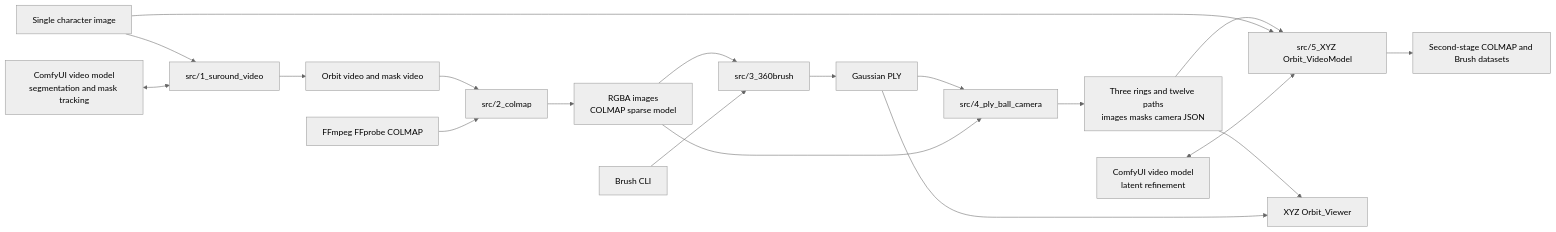
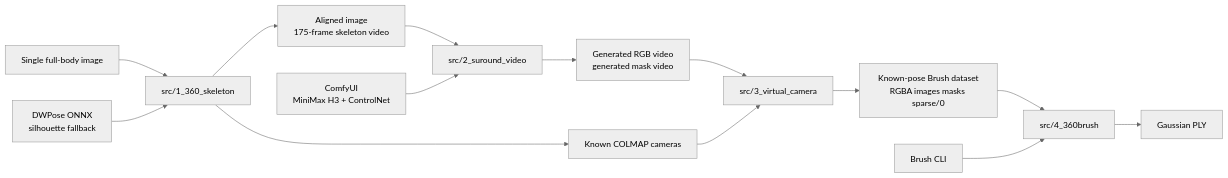
Before and after one commit to gkwang4912/VideoSplat: the first of 3 diagrams in README_EN.md, drawn with Mermaid (neutral theme). The commit also changed other lines of this file and 110 other files, not shown here.

````diff
--- a/README_EN.md
+++ b/README_EN.md
@@ -47,21 +38,16 @@
 ```mermaid
 flowchart LR
-    A[Single character image] --> S1[src/1_suround_video]
-    VM1[ComfyUI video model<br/>segmentation and mask tracking] <--> S1
-    S1 --> V1[Orbit video and mask video]
-    V1 --> S2[src/2_colmap]
-    EXT1[FFmpeg FFprobe COLMAP] --> S2
-    S2 --> D1[RGBA images<br/>COLMAP sparse model]
-    D1 --> S3[src/3_360brush]
-    EXT2[Brush CLI] --> S3
-    S3 --> PLY[Gaussian PLY]
-    PLY --> S4[src/4_ply_ball_camera]
-    D1 --> S4
-    S4 --> CAM[Three rings and twelve paths<br/>images masks camera JSON]
-    CAM --> S5[src/5_XYZ Orbit_VideoModel]
-    A --> S5
-    VM2[ComfyUI video model<br/>latent refinement] <--> S5
-    S5 --> D2[Second-stage COLMAP and Brush datasets]
-    CAM --> VIEW[XYZ Orbit_Viewer]
-    PLY --> VIEW
+    IMG[Single full-body image] --> S1[src/1_360_skeleton]
+    DW[DWPose ONNX<br/>silhouette fallback] --> S1
+    S1 --> CTRL[Aligned image<br/>175-frame skeleton video]
+    S1 --> CAM[Known COLMAP cameras]
+    CTRL --> S2[src/2_suround_video]
+    CF[ComfyUI<br/>MiniMax H3 + ControlNet] --> S2
+    S2 --> VID[Generated RGB video<br/>generated mask video]
+    VID --> S3[src/3_virtual_camera]
+    CAM --> S3
+    S3 --> DATA[Known-pose Brush dataset<br/>RGBA images masks sparse/0]
+    DATA --> S4[src/4_360brush]
+    BR[Brush CLI] --> S4
+    S4 --> PLY[Gaussian PLY]
 ```
````
